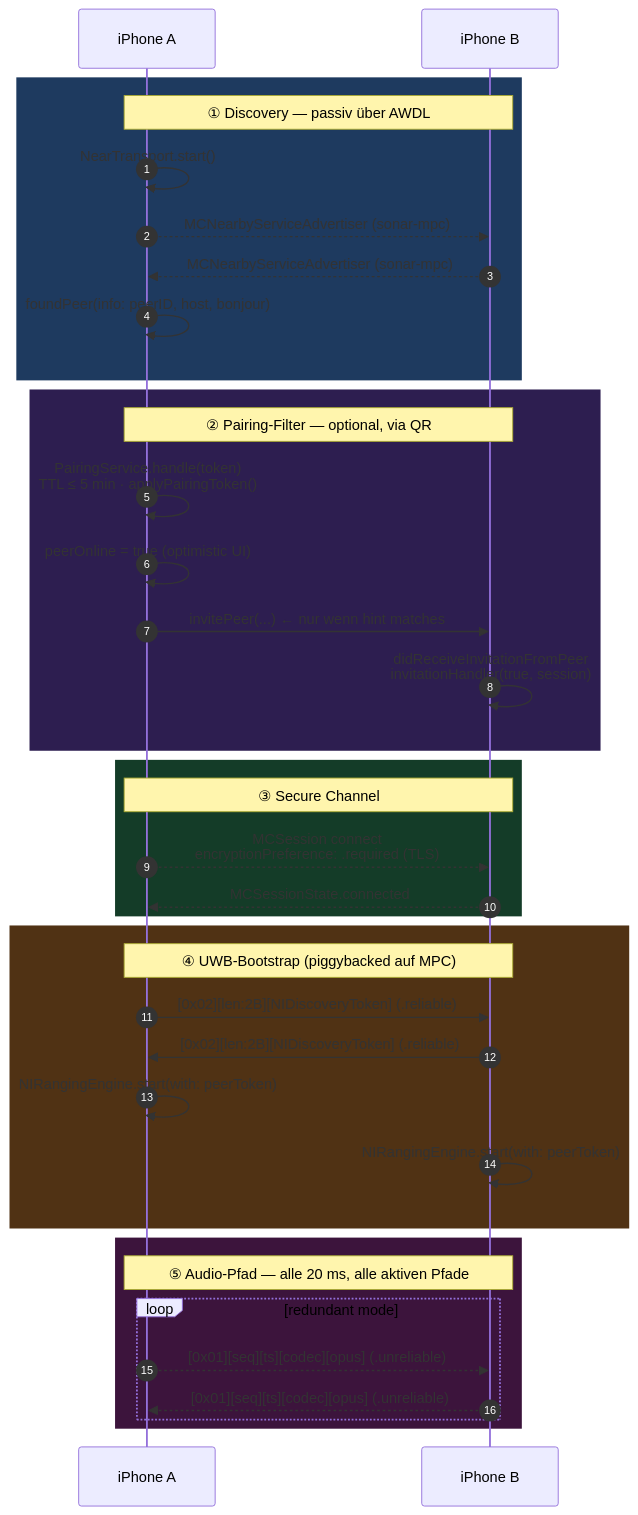
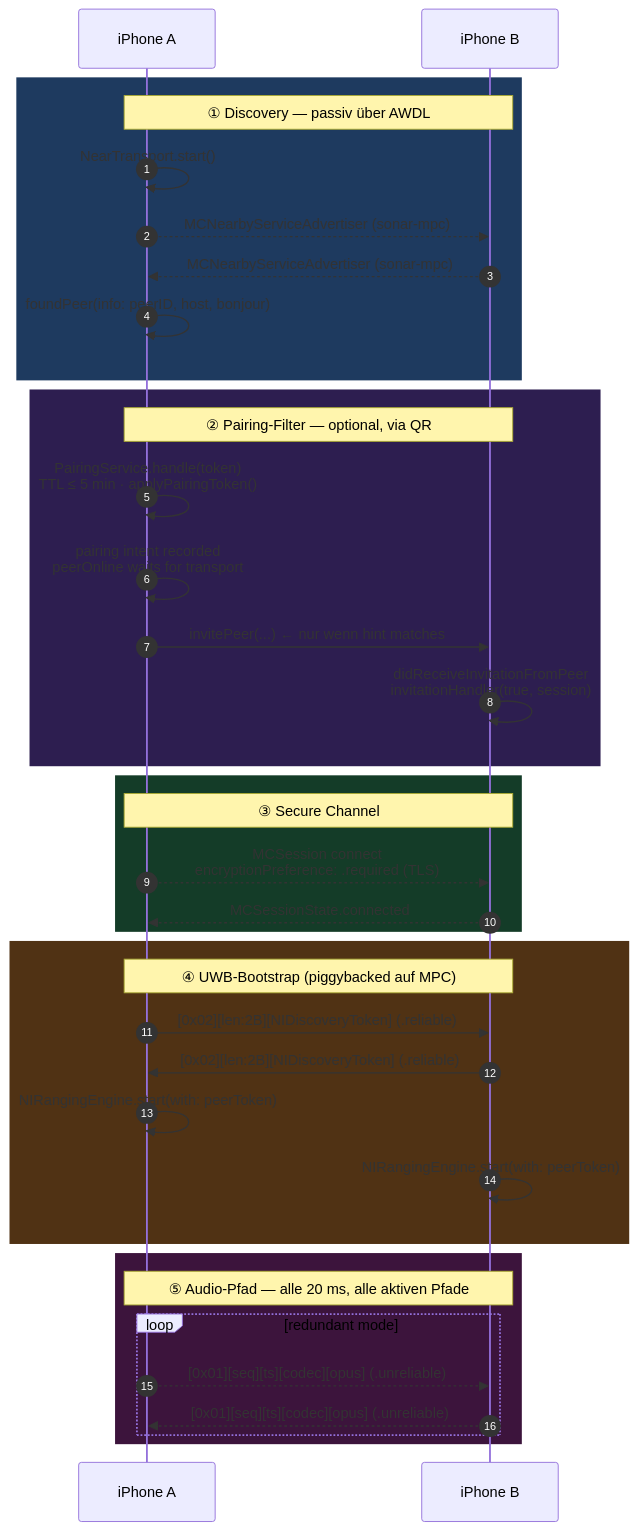
The second of 7 diagrams in README.md (Martin-Hausleitner/Sonar), drawn with Mermaid before and after one commit. The commit also changed other lines of this file and 124 other files, not shown here.

````diff
--- a/README.md
+++ b/README.md
@@ -191,44 +190,44 @@
 ```mermaid
 sequenceDiagram
     autonumber
     participant A as iPhone A
     participant B as iPhone B
 
     rect rgb(30,58,95)
     Note over A,B: ① Discovery — passiv über AWDL
     A->>A: NearTransport.start()
     A-->>B: MCNearbyServiceAdvertiser  (sonar-mpc)
     B-->>A: MCNearbyServiceAdvertiser  (sonar-mpc)
     A->>A: foundPeer(info: peerID, host, bonjour)
     end
 
     rect rgb(45,30,80)
     Note over A,B: ② Pairing-Filter — optional, via QR
     A->>A: PairingService.handle(token)<br/>TTL ≤ 5 min · applyPairingToken()
-    A->>A: peerOnline = true (optimistic UI)
+    A->>A: pairing intent recorded<br/>peerOnline waits for transport
     A->>B: invitePeer(...)  ← nur wenn hint matches
     B->>B: didReceiveInvitationFromPeer<br/>invitationHandler(true, session)
     end
 
     rect rgb(20,60,40)
     Note over A,B: ③ Secure Channel
     A-->>B: MCSession connect<br/>encryptionPreference: .required (TLS)
     B-->>A: MCSessionState.connected
     end
 
     rect rgb(80,50,20)
     Note over A,B: ④ UWB-Bootstrap (piggybacked auf MPC)
     A->>B: [0x02][len:2B][NIDiscoveryToken]  (.reliable)
     B->>A: [0x02][len:2B][NIDiscoveryToken]  (.reliable)
     A->>A: NIRangingEngine.start(with: peerToken)
     B->>B: NIRangingEngine.start(with: peerToken)
     end
 
     rect rgb(60,20,60)
     Note over A,B: ⑤ Audio-Pfad — alle 20 ms, alle aktiven Pfade
     loop redundant mode
         A-->>B: [0x01][seq][ts][codec][opus]  (.unreliable)
         B-->>A: [0x01][seq][ts][codec][opus]  (.unreliable)
     end
     end
 ```
````
